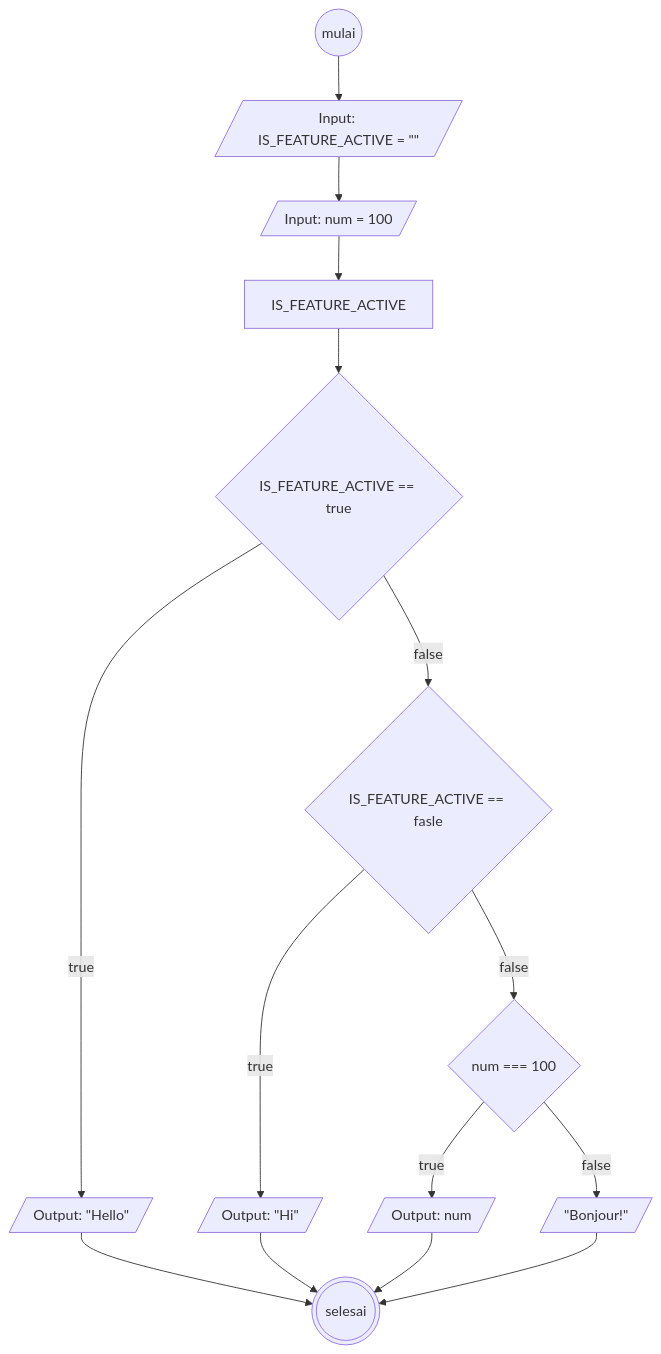
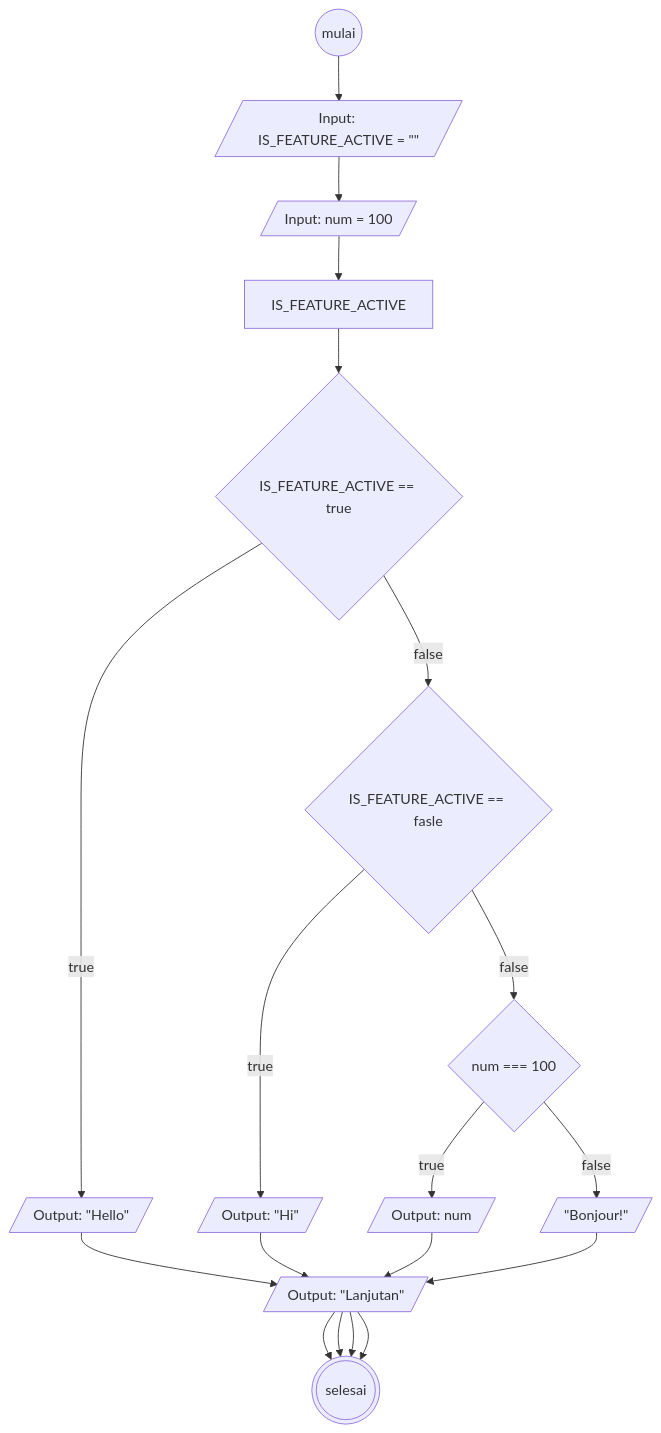
One commit to alhilalfathi/koda-b6-javascript1 changed the diagram in flowchart-switch.md. Above: the diagram before and after it, drawn with Mermaid.

````diff
--- a/flowchart-switch.md
+++ b/flowchart-switch.md
@@ -1,23 +1,24 @@
 ```mermaid
 flowchart TD
     mulai@{ shape: circle}
     input@{ shape: lean-r, label: "Input: IS_FEATURE_ACTIVE = #quot;#quot;"}
     input2@{ shape: lean-r, label: "Input: num = 100"}
     switch@{ label: IS_FEATURE_ACTIVE }
     case1@{ shape: diamond, label: "IS_FEATURE_ACTIVE == true"}
     case1True@{ shape: lean-r, label: "Output: #quot;Hello#quot;"}
     case2@{ shape: diamond, label: "IS_FEATURE_ACTIVE == fasle"}
     case2True@{ shape: lean-r, label: "Output: #quot;Hi#quot;"}
     default@{ shape: diamond, label: "num === 100"}
     ifTrue@{ shape: lean-r, label: "Output: num"}
     ifFalse@{ shape: lean-r, label: "#quot;Bonjour!#quot;"}
     selesai@{ shape: dbl-circ}
+    output@{ shape: lean-r, label: "Output: #quot;Lanjutan#quot;"}
 
 mulai-->input-->input2-->switch-->case1
-case1--true-->case1True-->selesai
+case1--true-->case1True-->output-->selesai
 case1--false-->case2
-case2--true-->case2True-->selesai
+case2--true-->case2True-->output-->selesai
 case2--false-->default
-default--true-->ifTrue-->selesai
-default--false-->ifFalse-->selesai
+default--true-->ifTrue-->output-->selesai
+default--false-->ifFalse-->output-->selesai
 ```
````
